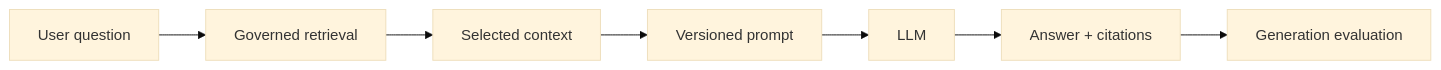
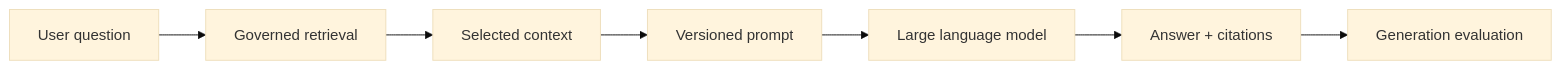
One commit to kumarchandansingh/tropos changed diagram 16 of 17 in docs/learning/ENTERPRISE_KNOWLEDGE_SYSTEMS_INTERVIEW_GUIDE.md. Above: the diagram before and after it, drawn with Mermaid (base theme). The commit also changed other lines of this file and 6 other files, not shown here.

First line of the commit message:
docs: fix Mermaid concurrency diagram and expand technical shorthand

````diff
--- a/docs/learning/ENTERPRISE_KNOWLEDGE_SYSTEMS_INTERVIEW_GUIDE.md
+++ b/docs/learning/ENTERPRISE_KNOWLEDGE_SYSTEMS_INTERVIEW_GUIDE.md
@@ -873,10 +875,10 @@
 ```mermaid
 flowchart LR
     Q[User question]
     --> R[Governed retrieval]
     --> C[Selected context]
     --> P[Versioned prompt]
-    --> L[LLM]
+    --> L[Large language model]
     --> A[Answer + citations]
     --> E[Generation evaluation]
 ```
````
